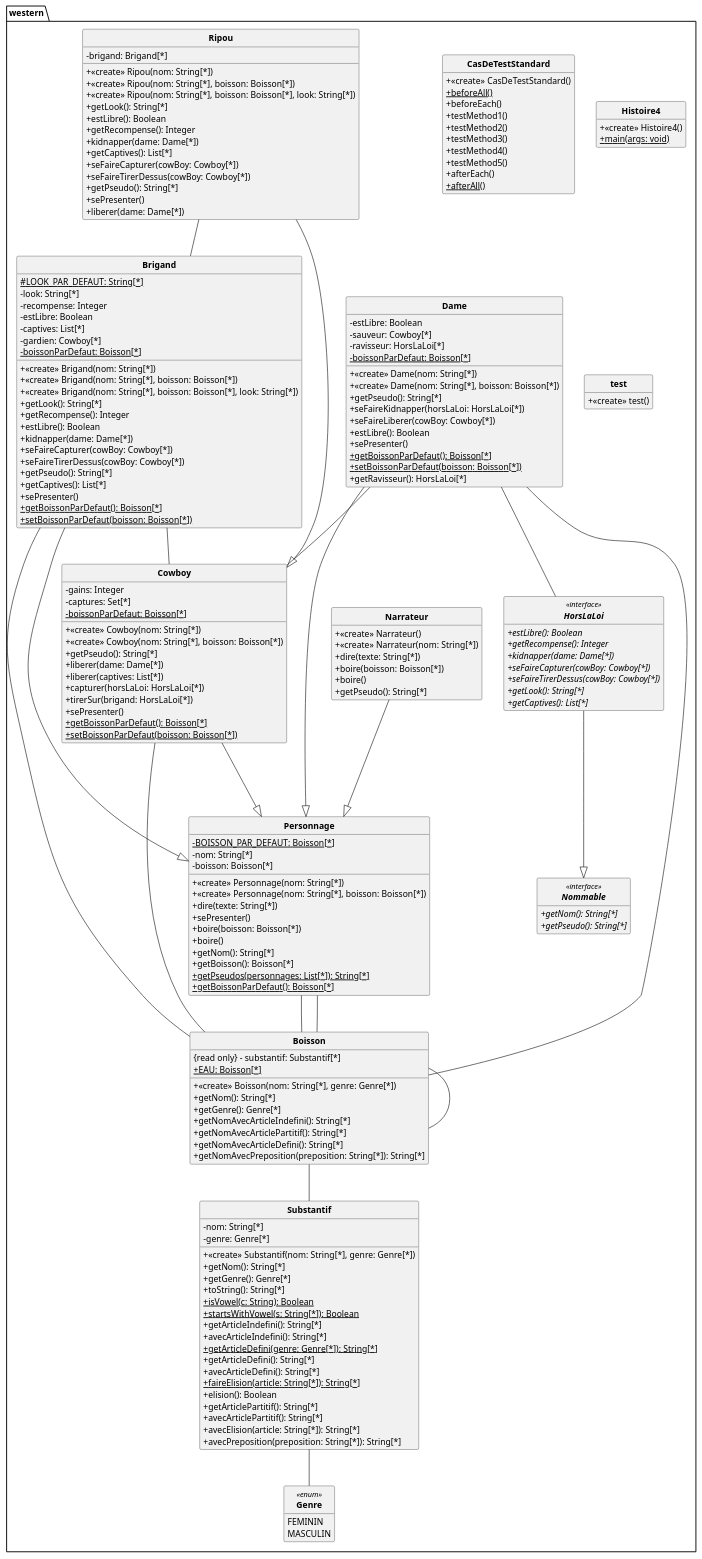
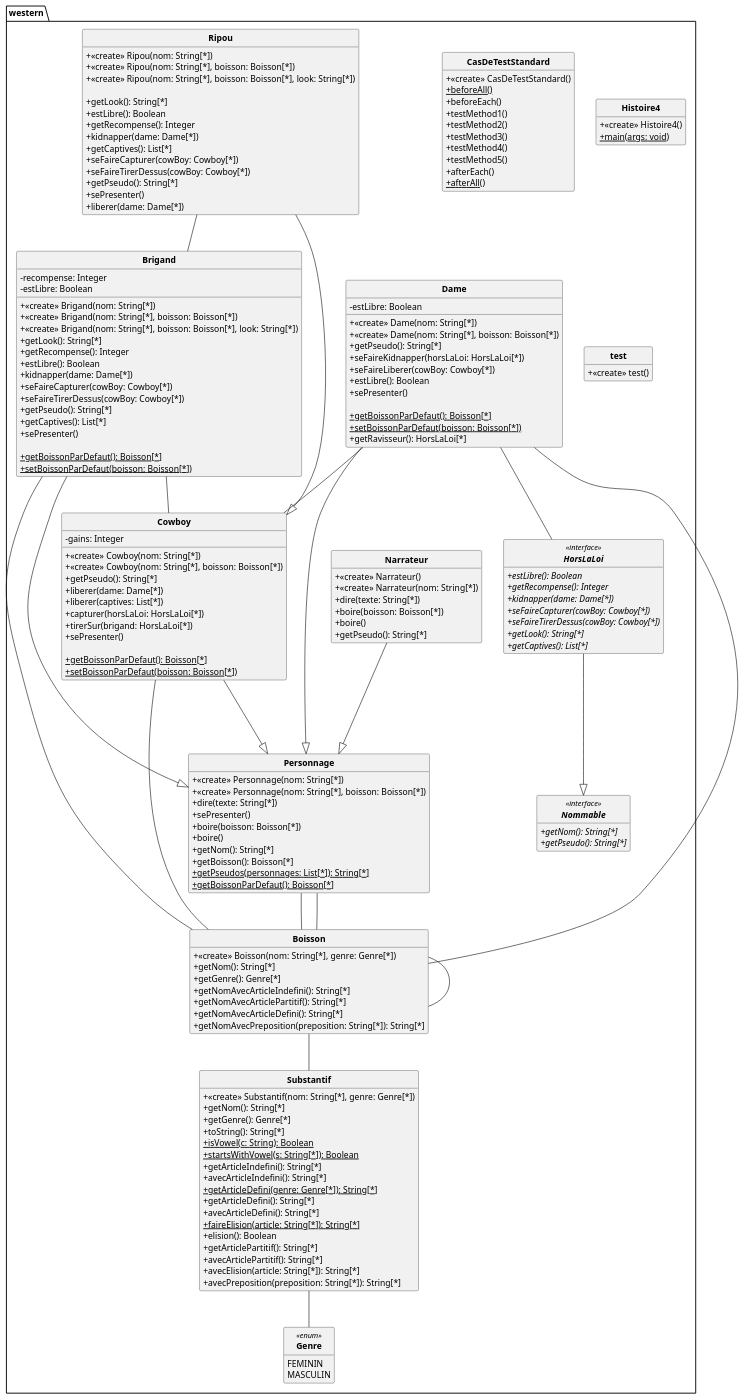
The diagram in src/pumlFromJava/DC_Western.puml (SylvainSchaefer/Java-to-PUML), drawn with PlantUML before and after one commit. The commit also changed 1 other file, not shown here.

```diff
--- a/src/pumlFromJava/DC_Western.puml
+++ b/src/pumlFromJava/DC_Western.puml
@@ -7,8 +7,8 @@
 
 Class western.Boisson{
 + <<create>> Boisson(nom: String[*], genre: Genre[*])
-{read only} - substantif: Substantif[*]
-{static} + EAU: Boisson[*]
+
+
 + getNom(): String[*]
 + getGenre(): Genre[*]
 + getNomAvecArticleIndefini(): String[*]
@@ -25,12 +25,12 @@
 + <<create>> Brigand(nom: String[*])
 + <<create>> Brigand(nom: String[*], boisson: Boisson[*])
 + <<create>> Brigand(nom: String[*], boisson: Boisson[*], look: String[*])
-{static} # LOOK_PAR_DEFAUT: String[*]
-- look: String[*]
+
+
 - recompense: Integer
 - estLibre: Boolean
-- captives: List[*]
-- gardien: Cowboy[*]
+
+
 + getLook(): String[*]
 + getRecompense(): Integer
 + estLibre(): Boolean
@@ -40,7 +40,7 @@
 + getPseudo(): String[*]
 + getCaptives(): List[*]
 + sePresenter()
-{static} - boissonParDefaut: Boisson[*]
+
 {static} + getBoissonParDefaut(): Boisson[*]
 {static} + setBoissonParDefaut(boisson: Boisson[*])
 
@@ -68,14 +68,14 @@
 + <<create>> Cowboy(nom: String[*])
 + <<create>> Cowboy(nom: String[*], boisson: Boisson[*])
 - gains: Integer
-- captures: Set[*]
+
 + getPseudo(): String[*]
 + liberer(dame: Dame[*])
 + liberer(captives: List[*])
 + capturer(horsLaLoi: HorsLaLoi[*])
 + tirerSur(brigand: HorsLaLoi[*])
 + sePresenter()
-{static} - boissonParDefaut: Boisson[*]
+
 {static} + getBoissonParDefaut(): Boisson[*]
 {static} + setBoissonParDefaut(boisson: Boisson[*])
 
@@ -87,14 +87,14 @@
 + <<create>> Dame(nom: String[*])
 + <<create>> Dame(nom: String[*], boisson: Boisson[*])
 - estLibre: Boolean
-- sauveur: Cowboy[*]
-- ravisseur: HorsLaLoi[*]
+
+
 + getPseudo(): String[*]
 + seFaireKidnapper(horsLaLoi: HorsLaLoi[*])
 + seFaireLiberer(cowBoy: Cowboy[*])
 + estLibre(): Boolean
 + sePresenter()
-{static} - boissonParDefaut: Boisson[*]
+
 {static} + getBoissonParDefaut(): Boisson[*]
 {static} + setBoissonParDefaut(boisson: Boisson[*])
 + getRavisseur(): HorsLaLoi[*]
@@ -149,9 +149,9 @@
 Class western.Personnage{
 + <<create>> Personnage(nom: String[*])
 + <<create>> Personnage(nom: String[*], boisson: Boisson[*])
-{static} - BOISSON_PAR_DEFAUT: Boisson[*]
-- nom: String[*]
-- boisson: Boisson[*]
+
+
+
 + dire(texte: String[*])
 + sePresenter()
 + boire(boisson: Boisson[*])
@@ -170,7 +170,7 @@
 + <<create>> Ripou(nom: String[*])
 + <<create>> Ripou(nom: String[*], boisson: Boisson[*])
 + <<create>> Ripou(nom: String[*], boisson: Boisson[*], look: String[*])
-- brigand: Brigand[*]
+
 + getLook(): String[*]
 + estLibre(): Boolean
 + getRecompense(): Integer
@@ -188,8 +188,8 @@
 western.Ripou ---|> western.Cowboy
 Class western.Substantif{
 + <<create>> Substantif(nom: String[*], genre: Genre[*])
-- nom: String[*]
-- genre: Genre[*]
+
+
 + getNom(): String[*]
 + getGenre(): Genre[*]
 + toString(): String[*]
```
